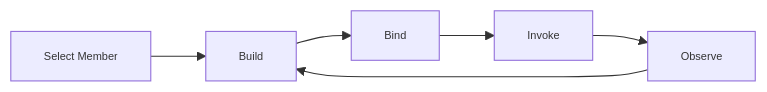
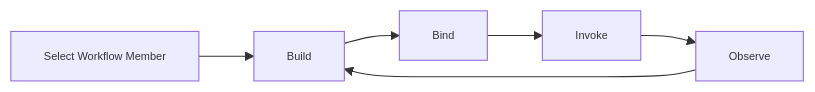
One commit to aevatarAI/aevatar changed the diagram in docs/design/2026-04-21-studio-workflow-member-lifecycle-prd.md. Above: the diagram before and after it, drawn with Mermaid. The commit also changed other lines of this file and 10 other files, not shown here.

````diff
--- a/docs/design/2026-04-21-studio-workflow-member-lifecycle-prd.md
+++ b/docs/design/2026-04-21-studio-workflow-member-lifecycle-prd.md
@@ -137,9 +117,9 @@
 ```mermaid
 %%{init: {"maxTextSize": 100000, "flowchart": {"useMaxWidth": false, "nodeSpacing": 10, "rankSpacing": 50}, "themeVariables": {"fontSize": "10px"}}}%%
 flowchart LR
-    A["Select Member"] --> B["Build"]
+    A["Select Workflow Member"] --> B["Build"]
     B --> C["Bind"]
     C --> D["Invoke"]
     D --> E["Observe"]
     E --> B
 ```
````
